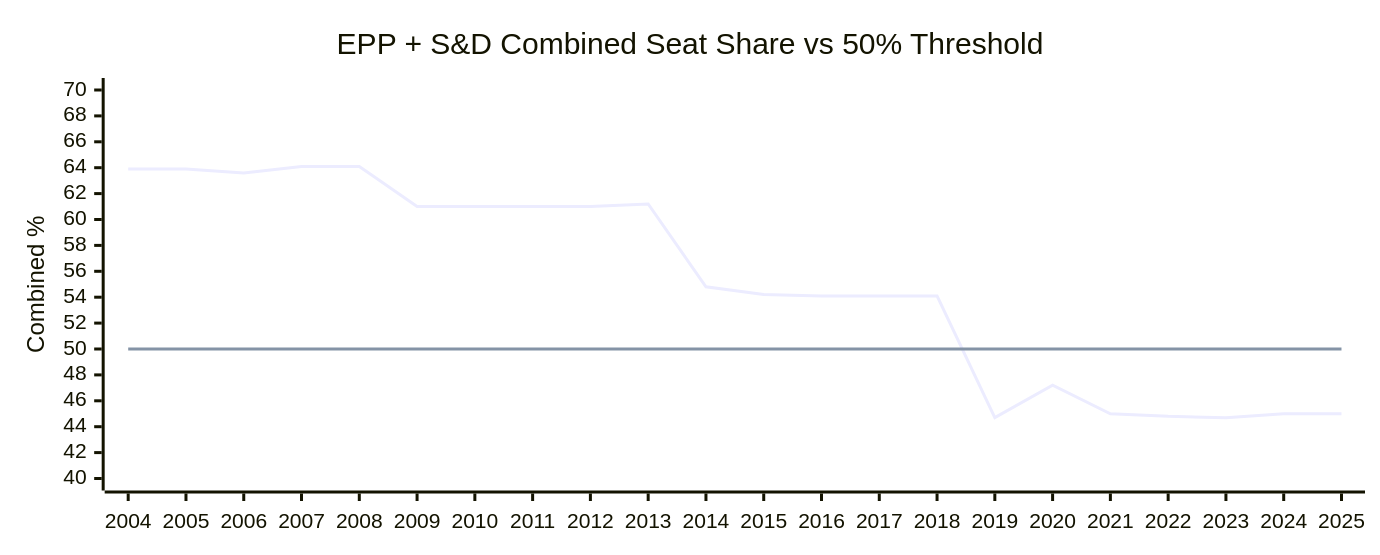
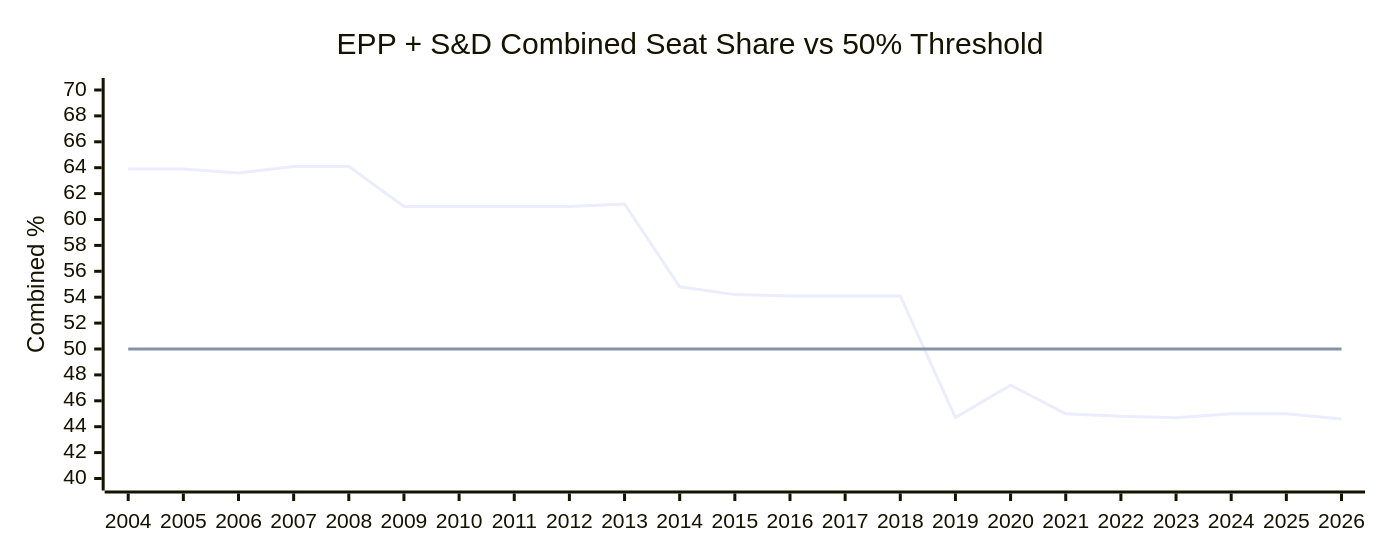
One commit to Hack23/European-Parliament-MCP-Server changed diagram 16 of 21 in api-markdown/_media/EP_POLITICAL_LANDSCAPE.md. Above: the diagram before and after it, drawn with Mermaid. The commit also changed other lines of this file and 1437 other files, not shown here.

````diff
--- a/api-markdown/_media/EP_POLITICAL_LANDSCAPE.md
+++ b/api-markdown/_media/EP_POLITICAL_LANDSCAPE.md
@@ -401,14 +403,14 @@
 ```mermaid
 ---
 config:
   xyChart:
     width: 900
     height: 350
 ---
 xychart-beta
     title "EPP + S&D Combined Seat Share vs 50% Threshold"
-    x-axis [2004, 2005, 2006, 2007, 2008, 2009, 2010, 2011, 2012, 2013, 2014, 2015, 2016, 2017, 2018, 2019, 2020, 2021, 2022, 2023, 2024, 2025]
+    x-axis [2004, 2005, 2006, 2007, 2008, 2009, 2010, 2011, 2012, 2013, 2014, 2015, 2016, 2017, 2018, 2019, 2020, 2021, 2022, 2023, 2024, 2025, 2026]
     y-axis "Combined %" 40 --> 70
-    line [63.9, 63.9, 63.6, 64.1, 64.1, 61.0, 61.0, 61.0, 61.0, 61.2, 54.8, 54.2, 54.1, 54.1, 54.1, 44.7, 47.2, 45.0, 44.8, 44.7, 45.0, 45.0]
-    line [50, 50, 50, 50, 50, 50, 50, 50, 50, 50, 50, 50, 50, 50, 50, 50, 50, 50, 50, 50, 50, 50]
+    line [63.9, 63.9, 63.6, 64.1, 64.1, 61.0, 61.0, 61.0, 61.0, 61.2, 54.8, 54.2, 54.1, 54.1, 54.1, 44.7, 47.2, 45.0, 44.8, 44.7, 45.0, 45.0, 44.6]
+    line [50, 50, 50, 50, 50, 50, 50, 50, 50, 50, 50, 50, 50, 50, 50, 50, 50, 50, 50, 50, 50, 50, 50]
 ```
````
